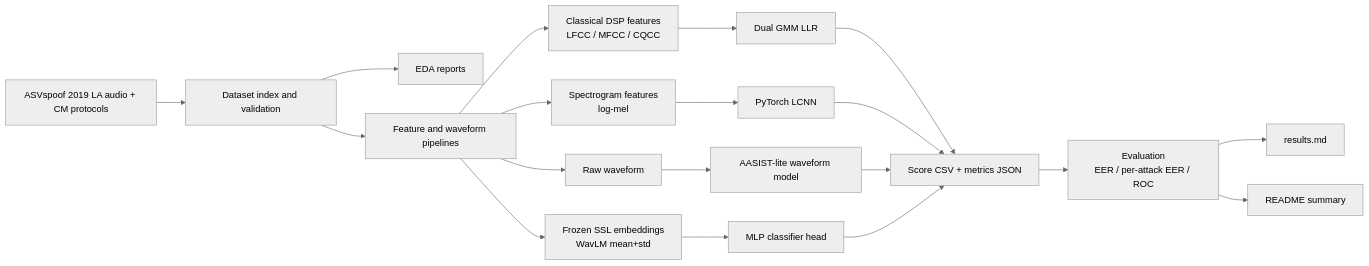
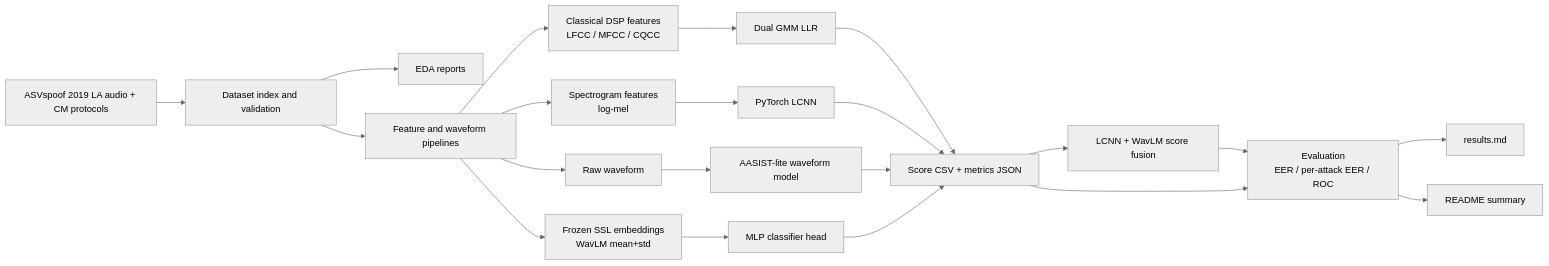
Before and after one commit to KrisDcosta/antispoof: the first of 2 diagrams in plan.md, drawn with Mermaid (neutral theme). The commit also changed other lines of this file and 8 other files, not shown here.

Commit message:
feat: add phase 4 score fusion

````diff
--- a/plan.md
+++ b/plan.md
@@ -98,25 +100,27 @@
 ```mermaid
 flowchart LR
   A["ASVspoof 2019 LA audio + CM protocols"] --> B["Dataset index and validation"]
   B --> C["EDA reports"]
   B --> D["Feature and waveform pipelines"]
 
   D --> E1["Classical DSP features<br/>LFCC / MFCC / CQCC"]
   D --> E2["Spectrogram features<br/>log-mel"]
   D --> E3["Raw waveform"]
   D --> E4["Frozen SSL embeddings<br/>WavLM mean+std"]
 
   E1 --> F1["Dual GMM LLR"]
   E2 --> F2["PyTorch LCNN"]
   E3 --> F3["AASIST-lite waveform model"]
   E4 --> F4["MLP classifier head"]
 
   F1 --> G["Score CSV + metrics JSON"]
   F2 --> G
   F3 --> G
   F4 --> G
 
-  G --> H["Evaluation<br/>EER / per-attack EER / ROC"]
+  G --> F5["LCNN + WavLM score fusion"]
+  F5 --> H["Evaluation<br/>EER / per-attack EER / ROC"]
+  G --> H
   H --> I["results.md"]
   H --> J["README summary"]
 ```
````
